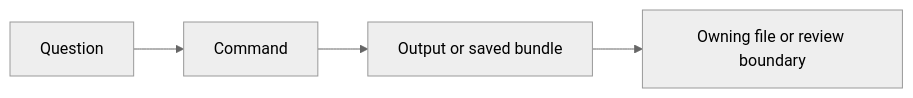
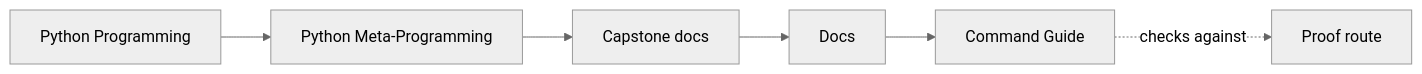
The first of 2 diagrams in programs/python-programming/python-meta-programming/capstone/docs/command-guide.md (bijux/bijux-masterclass), drawn with Mermaid (neutral theme) before and after one commit. The commit also changed other lines of this file and 91 other files, not shown here.

Commit message:
docs(python-meta-programming): map advanced runtime and capstone surfaces

````diff
--- a/programs/python-programming/python-meta-programming/capstone/docs/command-guide.md
+++ b/programs/python-programming/python-meta-programming/capstone/docs/command-guide.md
@@ -6,6 +6,12 @@
 ```mermaid
 graph LR
-  question["Question"] --> command["Command"]
-  command --> output["Output or saved bundle"]
-  output --> owner["Owning file or review boundary"]
+  family["Python Programming"]
+  program["Python Meta-Programming"]
+  guide["Capstone docs"]
+  section["Docs"]
+  page["Command Guide"]
+  proof["Proof route"]
+
+  family --> program --> guide --> section --> page
+  page -.checks against.-> proof
 ```
````
